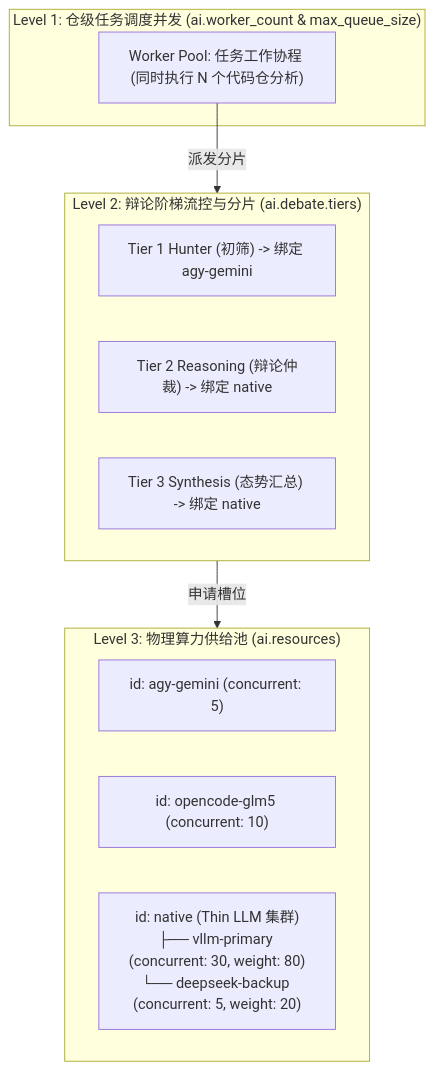
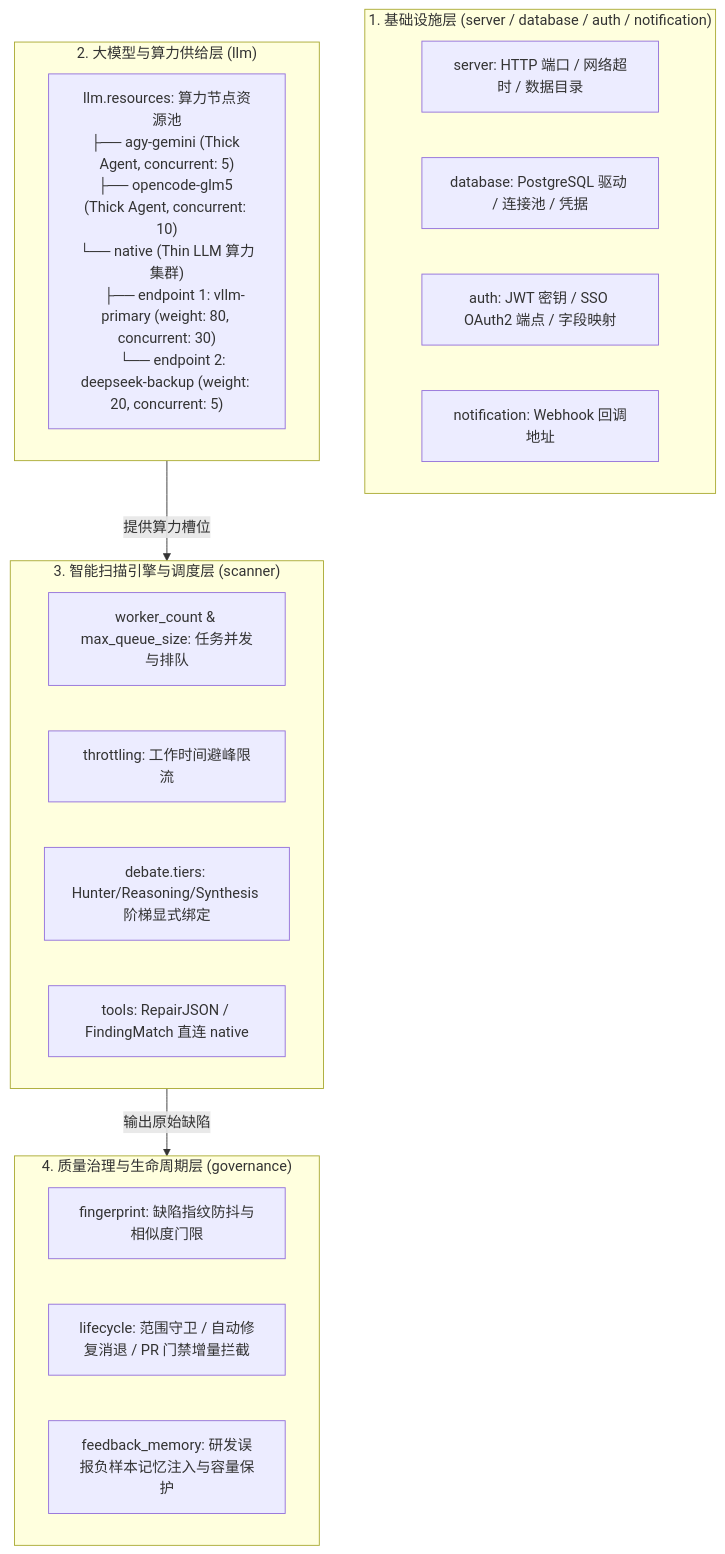
Before and after one commit to fugui/code-shield: the first of 2 diagrams in docs/native-llm-architecture/02-CodeShield-AI执行引擎与企业治理配置架构优化设计.md, drawn with Mermaid. The commit also changed other lines of this file and 1 other file, not shown here.

````diff
--- a/docs/native-llm-architecture/02-CodeShield-AI执行引擎与企业治理配置架构优化设计.md
+++ b/docs/native-llm-architecture/02-CodeShield-AI执行引擎与企业治理配置架构优化设计.md
@@ -63,21 +34,29 @@
 ```mermaid
 graph TD
-    subgraph Layer1 ["Level 1: 仓级任务调度并发 (ai.worker_count & max_queue_size)"]
-        W1["Worker Pool: 任务工作协程 (同时执行 N 个代码仓分析)"]
+    subgraph Layer1 ["1. 基础设施层 (server / database / auth / notification)"]
+        Server["server: HTTP 端口 / 网络超时 / 数据目录"]
+        DB["database: PostgreSQL 驱动 / 连接池 / 凭据"]
+        Auth["auth: JWT 密钥 / SSO OAuth2 端点 / 字段映射"]
+        Notify["notification: Webhook 回调地址"]
     end
 
-    subgraph Layer2 ["Level 2: 辩论阶梯流控与分片 (ai.debate.tiers)"]
-        T1["Tier 1 Hunter (初筛) -> 绑定 agy-gemini"]
-        T2["Tier 2 Reasoning (辩论仲裁) -> 绑定 native"]
-        T3["Tier 3 Synthesis (态势汇总) -> 绑定 native"]
+    subgraph Layer2 ["2. 大模型与算力供给层 (llm)"]
+        LLM_Res["llm.resources: 算力节点资源池<br/>├── agy-gemini (Thick Agent, concurrent: 5)<br/>├── opencode-glm5 (Thick Agent, concurrent: 10)<br/>└── native (Thin LLM 算力集群)<br/>    ├── endpoint 1: vllm-primary (weight: 80, concurrent: 30)<br/>    └── endpoint 2: deepseek-backup (weight: 20, concurrent: 5)"]
     end
 
-    subgraph Layer3 ["Level 3: 物理算力供给池 (ai.resources)"]
-        R1["id: agy-gemini (concurrent: 5)"]
-        R2["id: opencode-glm5 (concurrent: 10)"]
-        R_Native["id: native (Thin LLM 集群)<br/>├── vllm-primary (concurrent: 30, weight: 80)<br/>└── deepseek-backup (concurrent: 5, weight: 20)"]
+    subgraph Layer3 ["3. 智能扫描引擎与调度层 (scanner)"]
+        Scan_Queue["worker_count & max_queue_size: 任务并发与排队"]
+        Scan_Throttle["throttling: 工作时间避峰限流"]
+        Scan_Debate["debate.tiers: Hunter/Reasoning/Synthesis 阶梯显式绑定"]
+        Scan_Tools["tools: RepairJSON / FindingMatch 直连 native"]
     end
 
-    W1 -->|派发分片| Layer2
-    Layer2 -->|申请槽位| Layer3
+    subgraph Layer4 ["4. 质量治理与生命周期层 (governance)"]
+        Gov_FP["fingerprint: 缺陷指纹防抖与相似度门限"]
+        Gov_LC["lifecycle: 范围守卫 / 自动修复消退 / PR 门禁增量拦截"]
+        Gov_FM["feedback_memory: 研发误报负样本记忆注入与容量保护"]
+    end
+
+    Layer2 -->|提供算力槽位| Layer3
+    Layer3 -->|输出原始缺陷| Layer4
 ```
````
